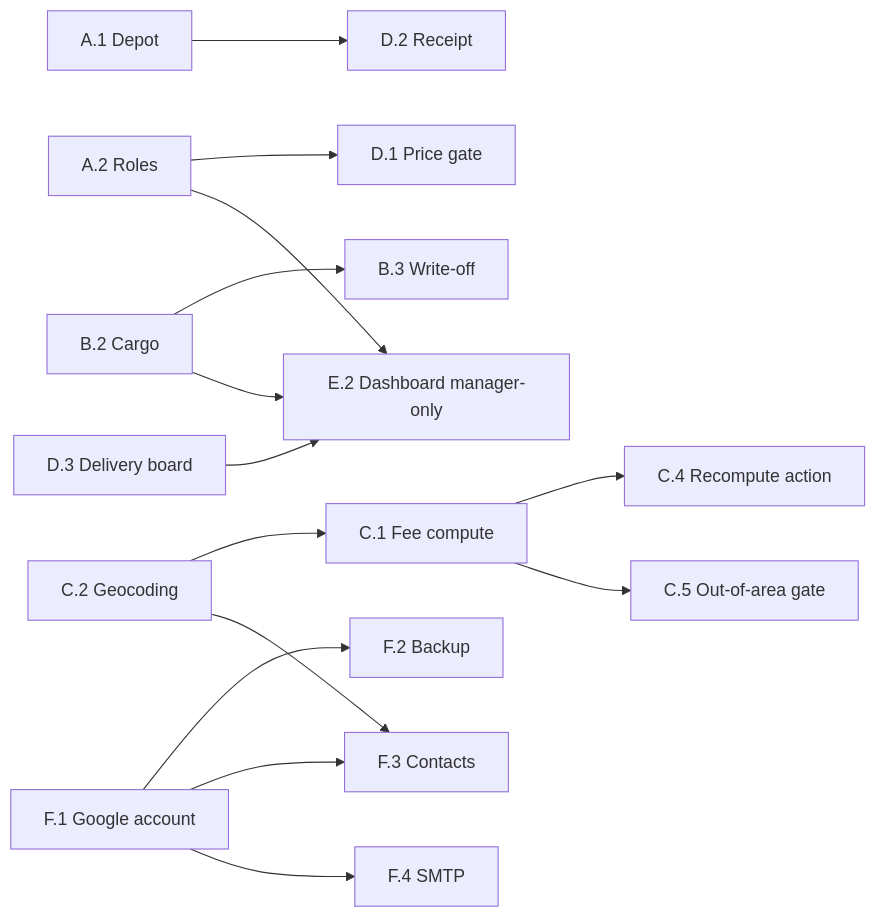
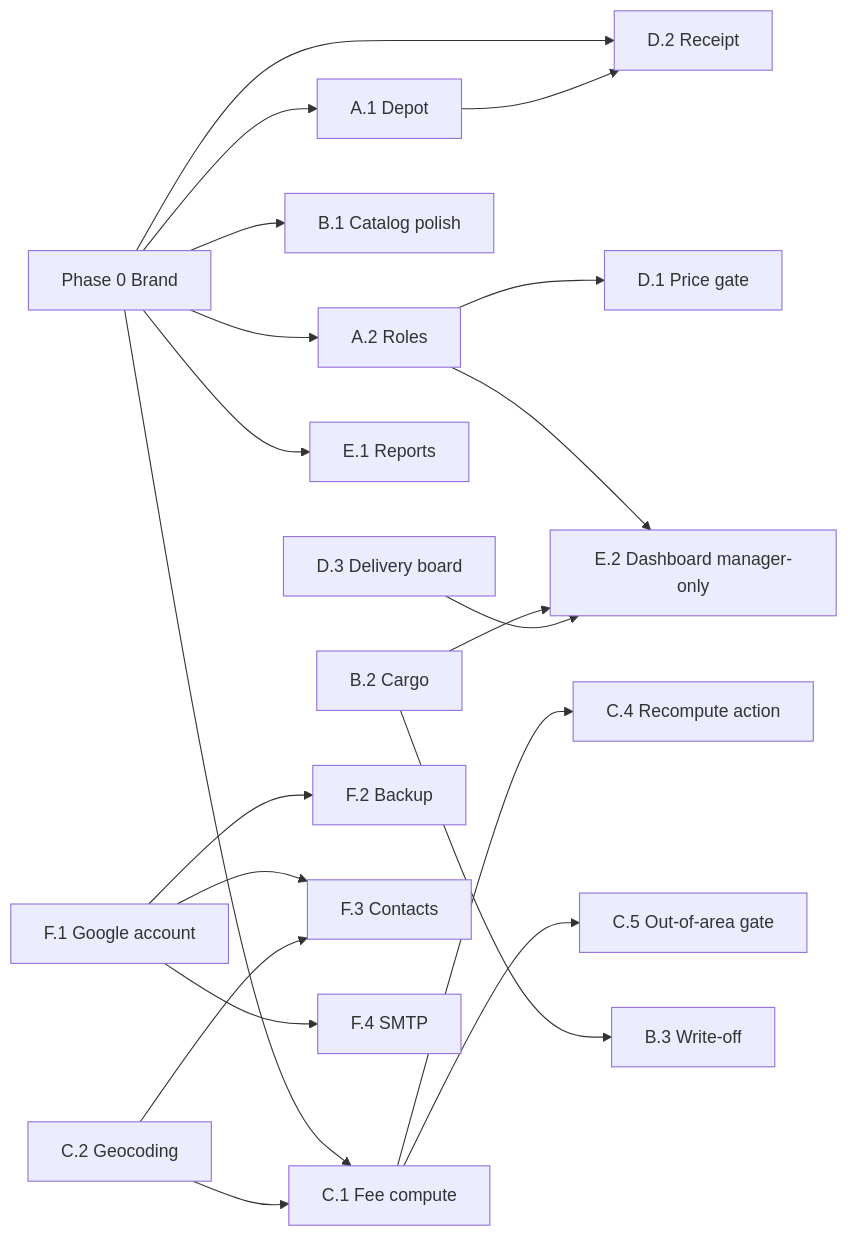
Before and after one commit to andersonoliveiraventurini/beverage-shop-manager: the diagram in docs/IMPLEMENTATION_PLAN.md, drawn with Mermaid. The commit also changed other lines of this file and 9 other files, not shown here.

First line of the commit message:
feat(brand): elevate visual identity to NFR-01 + Phase 0 retrofit

````diff
--- a/docs/IMPLEMENTATION_PLAN.md
+++ b/docs/IMPLEMENTATION_PLAN.md
@@ -179,16 +196,22 @@
 ```mermaid
 flowchart LR
-    A1[A.1 Depot] --> D2[D.2 Receipt]
-    A2[A.2 Roles] --> D1[D.1 Price gate]
+    P0[Phase 0 Brand] --> A1[A.1 Depot]
+    P0 --> A2[A.2 Roles]
+    P0 --> B1[B.1 Catalog polish]
+    P0 --> C1[C.1 Fee compute]
+    P0 --> D2[D.2 Receipt]
+    P0 --> E1[E.1 Reports]
+    A1 --> D2
+    A2 --> D1[D.1 Price gate]
     A2 --> E2[E.2 Dashboard manager-only]
     B2[B.2 Cargo] --> B3[B.3 Write-off]
     B2 --> E2
-    C1[C.1 Fee compute] --> C4[C.4 Recompute action]
+    C1 --> C4[C.4 Recompute action]
     C1 --> C5[C.5 Out-of-area gate]
     C2[C.2 Geocoding] --> C1
     D3[D.3 Delivery board] --> E2
     F1[F.1 Google account] --> F2[F.2 Backup]
     F1 --> F3[F.3 Contacts]
     F1 --> F4[F.4 SMTP]
     C2 --> F3
 ```
````
